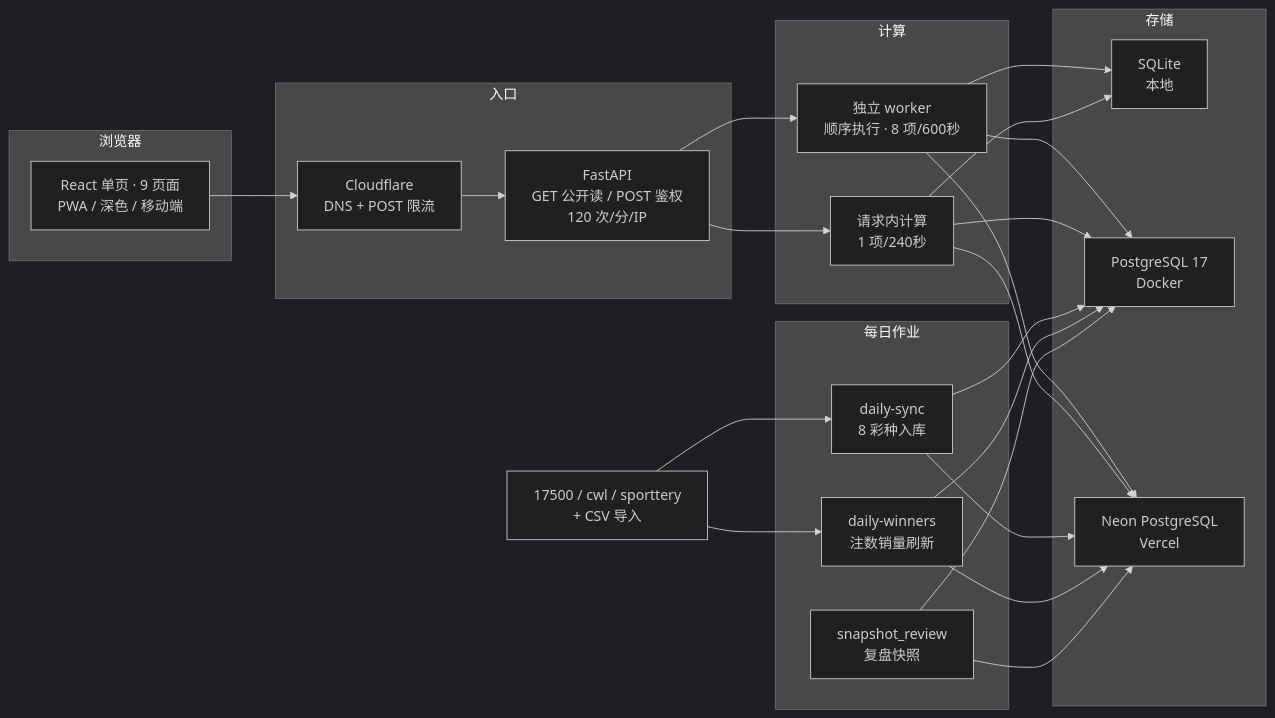
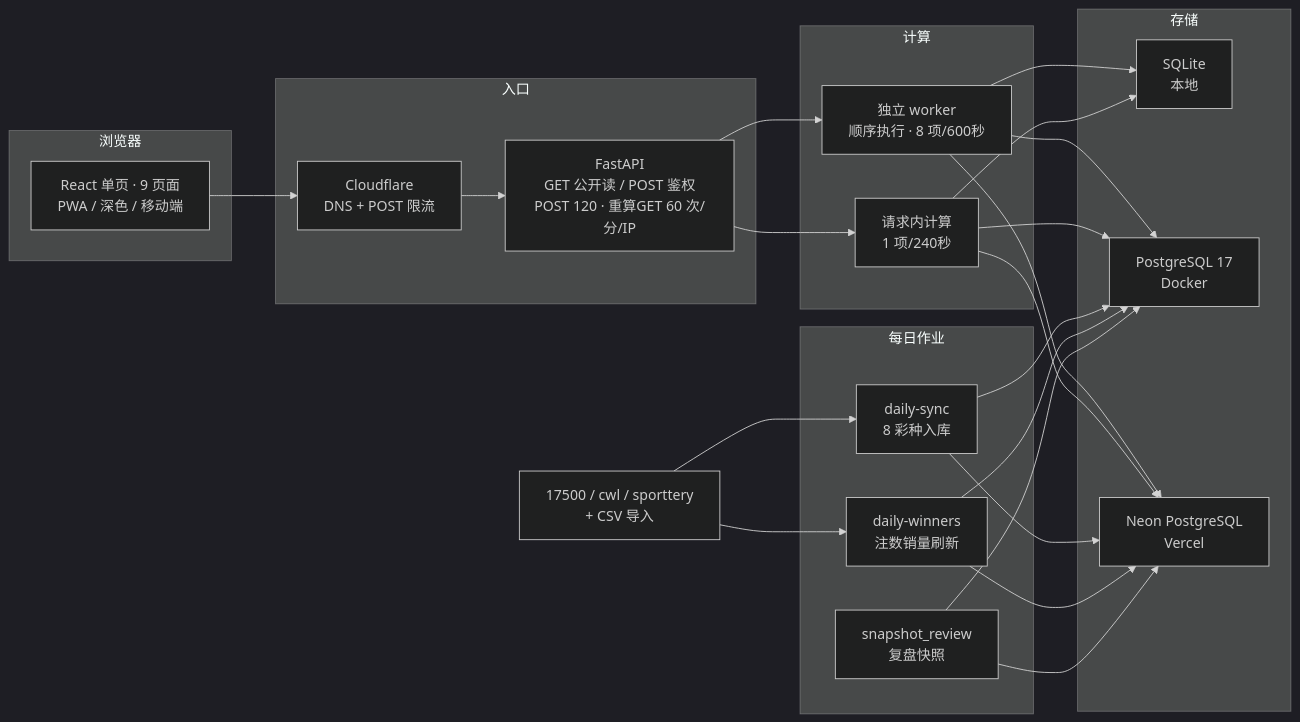
One commit to LeilaoMi/LottoLab changed the diagram in README.md. Above: the diagram before and after it, drawn with Mermaid (dark theme). The commit also changed other lines of this file, not shown here.

````diff
--- a/README.md
+++ b/README.md
@@ -84,29 +84,29 @@
 ```mermaid
 flowchart LR
   subgraph Client["浏览器"]
     UI["React 单页 · 9 页面<br/>PWA / 深色 / 移动端"]
   end
   subgraph Edge["入口"]
     CF["Cloudflare<br/>DNS + POST 限流"]
-    API["FastAPI<br/>GET 公开读 / POST 鉴权<br/>120 次/分/IP"]
+    API["FastAPI<br/>GET 公开读 / POST 鉴权<br/>POST 120 · 重算GET 60 次/分/IP"]
   end
   subgraph Compute["计算"]
     W["独立 worker<br/>顺序执行 · 8 项/600秒"]
     R["请求内计算<br/>1 项/240秒"]
   end
   subgraph Store["存储"]
     L["SQLite<br/>本地"]
     P["PostgreSQL 17<br/>Docker"]
     N["Neon PostgreSQL<br/>Vercel"]
   end
   subgraph Jobs["每日作业"]
     S["daily-sync<br/>8 彩种入库"]
     WN["daily-winners<br/>注数销量刷新"]
     RV["snapshot_review<br/>复盘快照"]
   end
   UP["17500 / cwl / sporttery<br/>+ CSV 导入"] --> S & WN
   UI --> CF --> API
   API --> W & R
   W & R --> L & P & N
   S & WN & RV --> P & N
 ```
````
